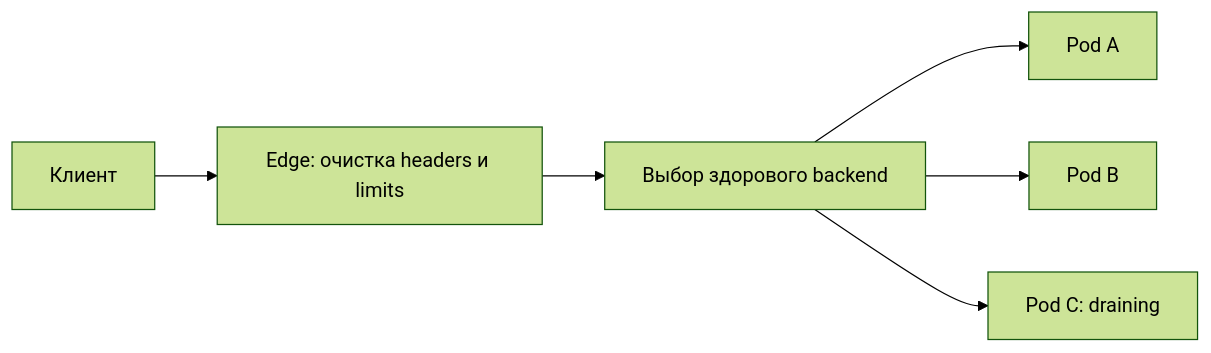
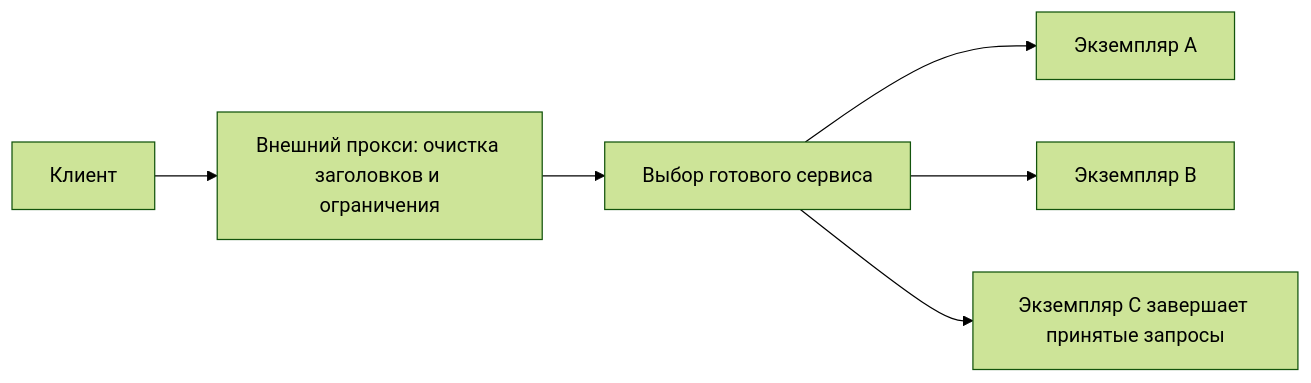
One commit to leary1337/vault changed the diagram in docs/networking/backend/proxies-and-load-balancing.md. Above: the diagram before and after it, drawn with Mermaid (forest theme). The commit also changed other lines of this file and 325 other files, not shown here.

````diff
--- a/docs/networking/backend/proxies-and-load-balancing.md
+++ b/docs/networking/backend/proxies-and-load-balancing.md
@@ -52,8 +44,8 @@
 ```mermaid
 flowchart LR
- C[Клиент] --> E[Edge: очистка headers и limits]
- E --> B[Выбор здорового backend]
- B --> A[Pod A]
- B --> D[Pod B]
- B --> F[Pod C: draining]
+ C[Клиент] --> E[Внешний прокси: очистка заголовков и ограничения]
+ E --> B[Выбор готового сервиса]
+ B --> A[Экземпляр A]
+ B --> D[Экземпляр B]
+ B --> F[Экземпляр C завершает принятые запросы]
 ```
````
